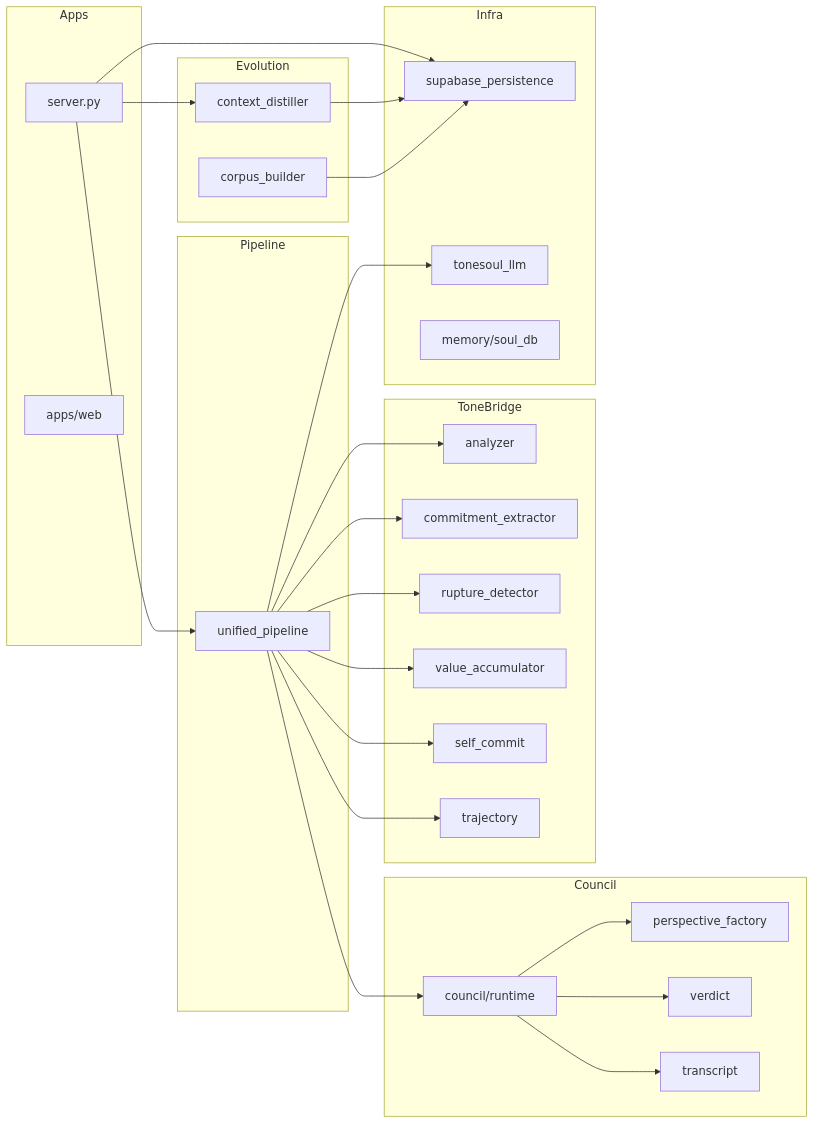
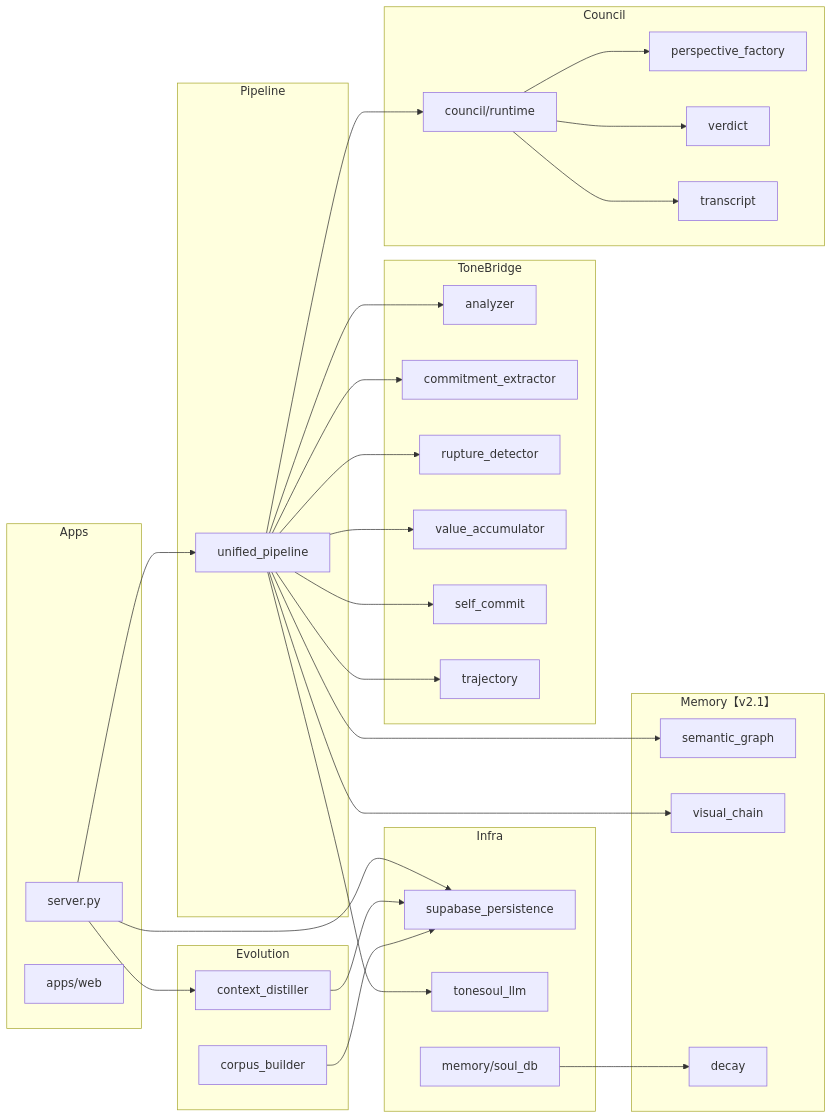
The third of 3 diagrams in docs/ARCHITECTURE_DEPLOYED.md (huangfanwei25-lang/tonesoul52), drawn with Mermaid before and after one commit. The commit also changed other lines of this file, not shown here.

Commit message:
docs: update ARCHITECTURE_DEPLOYED.md to v2.1  memory architecture enhancements

````diff
--- a/docs/ARCHITECTURE_DEPLOYED.md
+++ b/docs/ARCHITECTURE_DEPLOYED.md
@@ -531,55 +598,64 @@
 ```mermaid
 graph LR
     subgraph "Apps"
         server["server.py"]
         web["apps/web"]
     end
 
     subgraph "Pipeline"
         UP["unified_pipeline"]
     end
 
     subgraph "Council"
         CR["council/runtime"]
         PF["perspective_factory"]
         VD["verdict"]
         TR["transcript"]
     end
 
     subgraph "ToneBridge"
         AN["analyzer"]
         CE["commitment_extractor"]
         RD["rupture_detector"]
         VA["value_accumulator"]
         SC["self_commit"]
         TJ["trajectory"]
     end
 
     subgraph "Evolution"
         CD["context_distiller"]
         CB["corpus_builder"]
     end
 
+    subgraph "Memory【v2.1】"
+        SG["semantic_graph"]
+        VC["visual_chain"]
+        DK["decay"]
+    end
+
     subgraph "Infra"
         SP["supabase_persistence"]
         LLM["tonesoul_llm"]
         MEM["memory/soul_db"]
     end
 
     server --> UP
     server --> SP
     server --> CD
     UP --> LLM
     UP --> AN
     UP --> CR
     UP --> TJ
     UP --> CE
     UP --> RD
     UP --> VA
     UP --> SC
+    UP --> SG
+    UP --> VC
+    MEM --> DK
     CR --> PF
     CR --> VD
     CR --> TR
     CD --> SP
     CB --> SP
 ```
````
